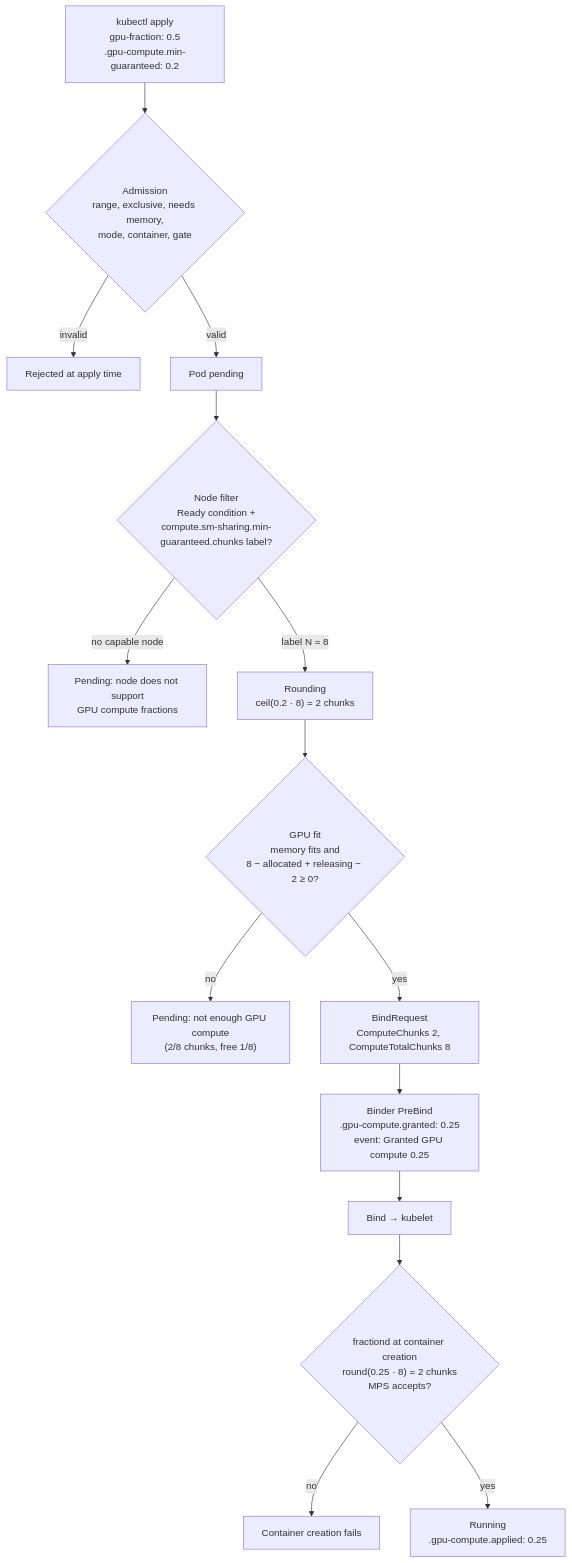
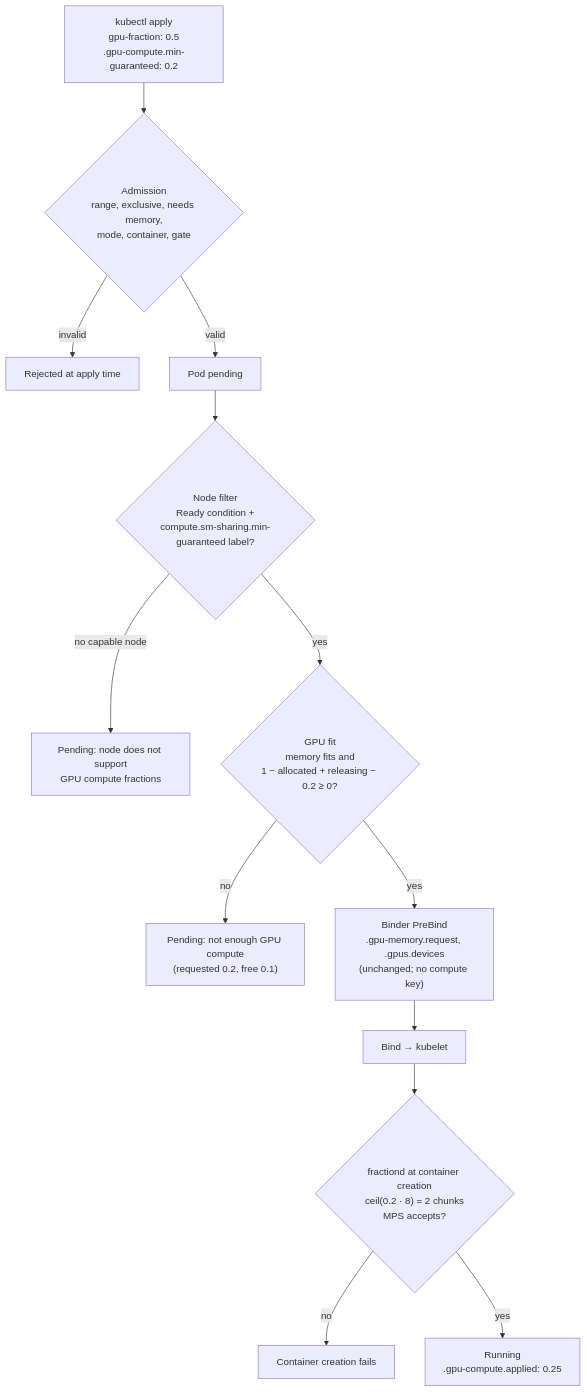
One commit to kai-scheduler/KAI-Scheduler changed the second of 2 diagrams in docs/developer/designs/gpu-compute-fractions/README.md. Above: the diagram before and after it, drawn with Mermaid. The commit also changed other lines of this file, not shown here.

Commit message:
docs(docs): gpu-fractioning owns compute rounding in compute fractions HLD

````diff
--- a/docs/developer/designs/gpu-compute-fractions/README.md
+++ b/docs/developer/designs/gpu-compute-fractions/README.md
@@ -260,17 +258,15 @@
 ```mermaid
 flowchart TD
   U["kubectl apply<br/>gpu-fraction: 0.5<br/>.gpu-compute.min-guaranteed: 0.2"] --> A{"Admission<br/>range, exclusive, needs memory,<br/>mode, container, gate"}
   A -- invalid --> X["Rejected at apply time"]
   A -- valid --> P["Pod pending"]
-  P --> F{"Node filter<br/>Ready condition +<br/>compute.sm-sharing.min-guaranteed.chunks label?"}
+  P --> F{"Node filter<br/>Ready condition +<br/>compute.sm-sharing.min-guaranteed label?"}
   F -- "no capable node" --> W1["Pending: node does not support<br/>GPU compute fractions"]
-  F -- "label N = 8" --> R["Rounding<br/>ceil(0.2 · 8) = 2 chunks"]
-  R --> L{"GPU fit<br/>memory fits and<br/>8 − allocated + releasing − 2 ≥ 0?"}
-  L -- no --> W2["Pending: not enough GPU compute<br/>(2/8 chunks, free 1/8)"]
-  L -- yes --> BR["BindRequest<br/>ComputeChunks 2, ComputeTotalChunks 8"]
-  BR --> B["Binder PreBind<br/>.gpu-compute.granted: 0.25<br/>event: Granted GPU compute 0.25"]
+  F -- yes --> L{"GPU fit<br/>memory fits and<br/>1 − allocated + releasing − 0.2 ≥ 0?"}
+  L -- no --> W2["Pending: not enough GPU compute<br/>(requested 0.2, free 0.1)"]
+  L -- yes --> B["Binder PreBind<br/>.gpu-memory.request, .gpus.devices<br/>(unchanged; no compute key)"]
   B --> K["Bind → kubelet"]
-  K --> G{"fractiond at container creation<br/>round(0.25 · 8) = 2 chunks<br/>MPS accepts?"}
+  K --> G{"fractiond at container creation<br/>ceil(0.2 · 8) = 2 chunks<br/>MPS accepts?"}
   G -- no --> E["Container creation fails"]
   G -- yes --> OK["Running<br/>.gpu-compute.applied: 0.25"]
 ```
````
